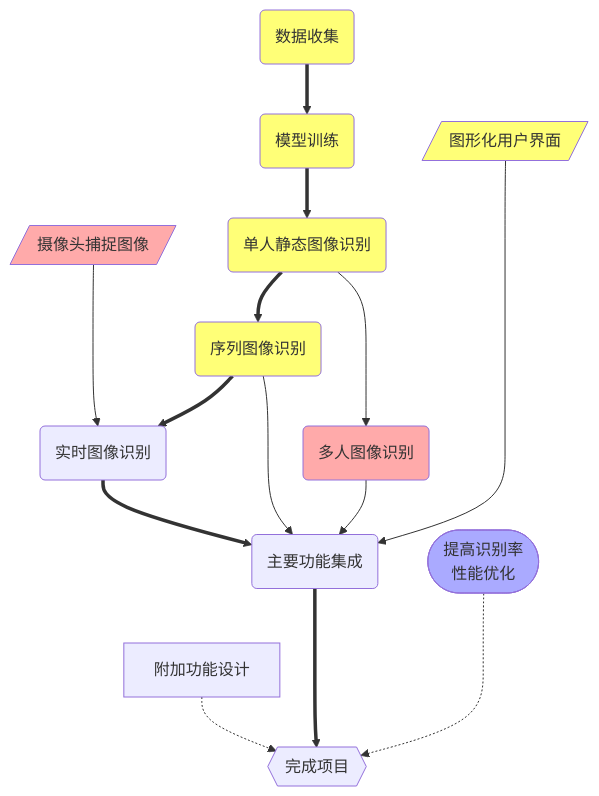
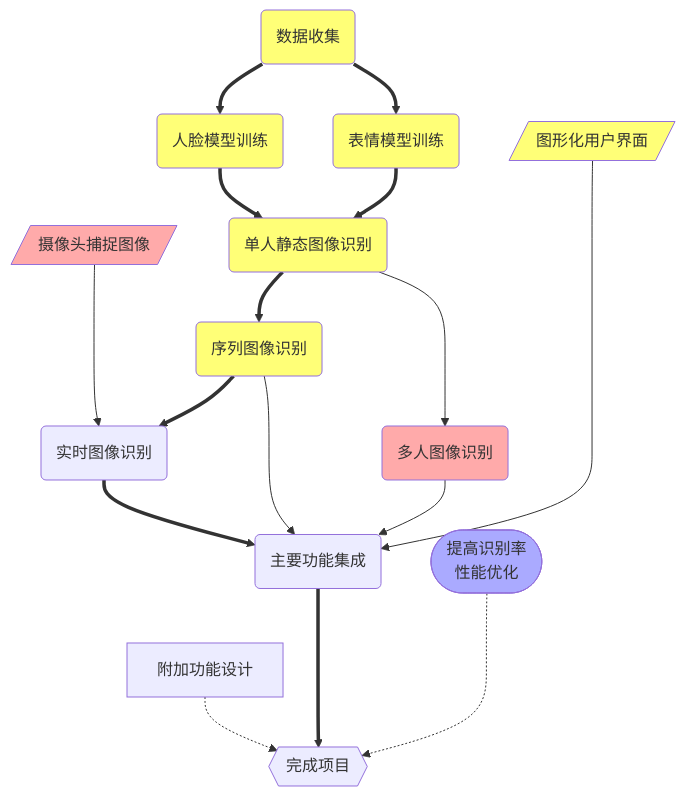
The diagram in 技术路线.md (Hemerocalle/Graduation-Design), drawn with Mermaid before and after one commit. The commit also changed 3 other files, not shown here.

````diff
--- a/技术路线.md
+++ b/技术路线.md
@@ -1,24 +1,26 @@
 ```mermaid
 graph TB
 H[/摄像头捕捉图像/] ---> E
 A(数据收集) ==>
-B(模型训练) ==>
+B(人脸模型训练) ==>
 C(单人静态图像识别) ==>
 D(序列图像识别) ==>
 E(实时图像识别) ==>
 F(主要功能集成) ===>
 G{{完成项目}}
+A ==> L(表情模型训练) ==>  C
 C ---> J(多人图像识别) --> F
 I[/图形化用户界面/] -----> F
 D --> F
 K([提高识别率\n性能优化]) -..-> G
 附加功能设计 -.-> G
 style A fill:#FF7
 style B fill:#FF7
 style C fill:#FF7
 style D fill:#FF7
 style I fill:#FF7
+style L fill:#FF7
 style H fill:#FAA
 style J fill:#FAA
 style K fill:#AAF
 ```
````
